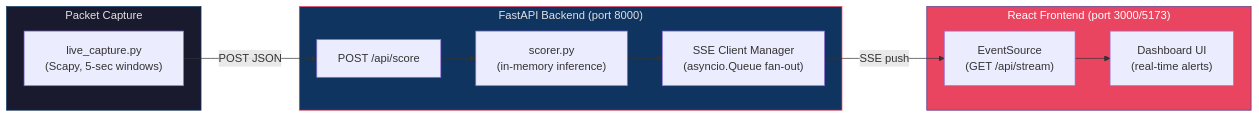
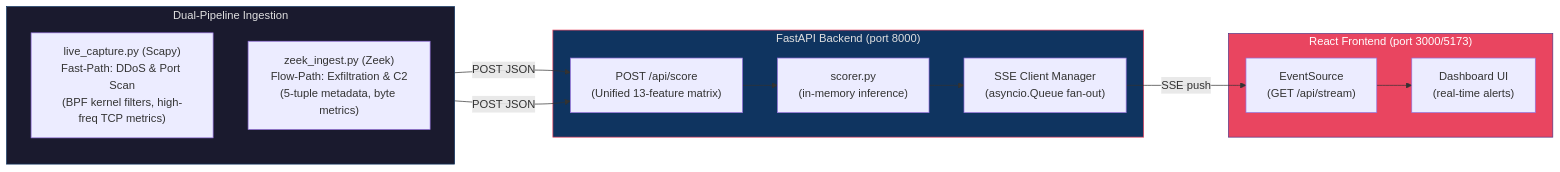
The second of 3 diagrams in backend/Archive 2/project_documentation.md (ashishsewda0555-netizen/Detection-of-Cyber-Threats-in-Unidirectional-IP-Traffic), drawn with Mermaid before and after one commit. The commit also changed other lines of this file and 8 other files, not shown here.

Commit message:
feat: Dual-pipeline ML calibration and dashboard UI integration

````diff
--- a/backend/Archive 2/project_documentation.md
+++ b/backend/Archive 2/project_documentation.md
@@ -136,27 +136,30 @@
 ```mermaid
 flowchart LR
-    subgraph Sniffer["Packet Capture"]
-        A["live_capture.py\n(Scapy, 5-sec windows)"]
+    subgraph Ingestion["Dual-Pipeline Ingestion"]
+        direction TB
+        A["live_capture.py (Scapy)\nFast-Path: DDoS & Port Scan\n(BPF kernel filters, high-freq TCP metrics)"]
+        B["zeek_ingest.py (Zeek)\nFlow-Path: Exfiltration & C2\n(5-tuple metadata, byte metrics)"]
     end
 
     subgraph Backend["FastAPI Backend (port 8000)"]
-        B["POST /api/score"]
-        C["scorer.py\n(in-memory inference)"]
-        D["SSE Client Manager\n(asyncio.Queue fan-out)"]
-        B --> C
+        C["POST /api/score\n(Unified 13-feature matrix)"]
+        D["scorer.py\n(in-memory inference)"]
+        E["SSE Client Manager\n(asyncio.Queue fan-out)"]
         C --> D
+        D --> E
     end
 
     subgraph Frontend["React Frontend (port 3000/5173)"]
-        E["EventSource\n(GET /api/stream)"]
-        F["Dashboard UI\n(real-time alerts)"]
-        E --> F
+        F["EventSource\n(GET /api/stream)"]
+        G["Dashboard UI\n(real-time alerts)"]
+        F --> G
     end
 
-    A -->|POST JSON| B
-    D -->|SSE push| E
+    A -->|POST JSON| C
+    B -->|POST JSON| C
+    E -->|SSE push| F
 
-    style Sniffer fill:#1a1a2e,color:#e0e0e0,stroke:#0f3460
+    style Ingestion fill:#1a1a2e,color:#e0e0e0,stroke:#0f3460
     style Backend fill:#0f3460,color:#e0e0e0,stroke:#e94560
     style Frontend fill:#e94560,color:#ffffff,stroke:#533483
 ```
````
